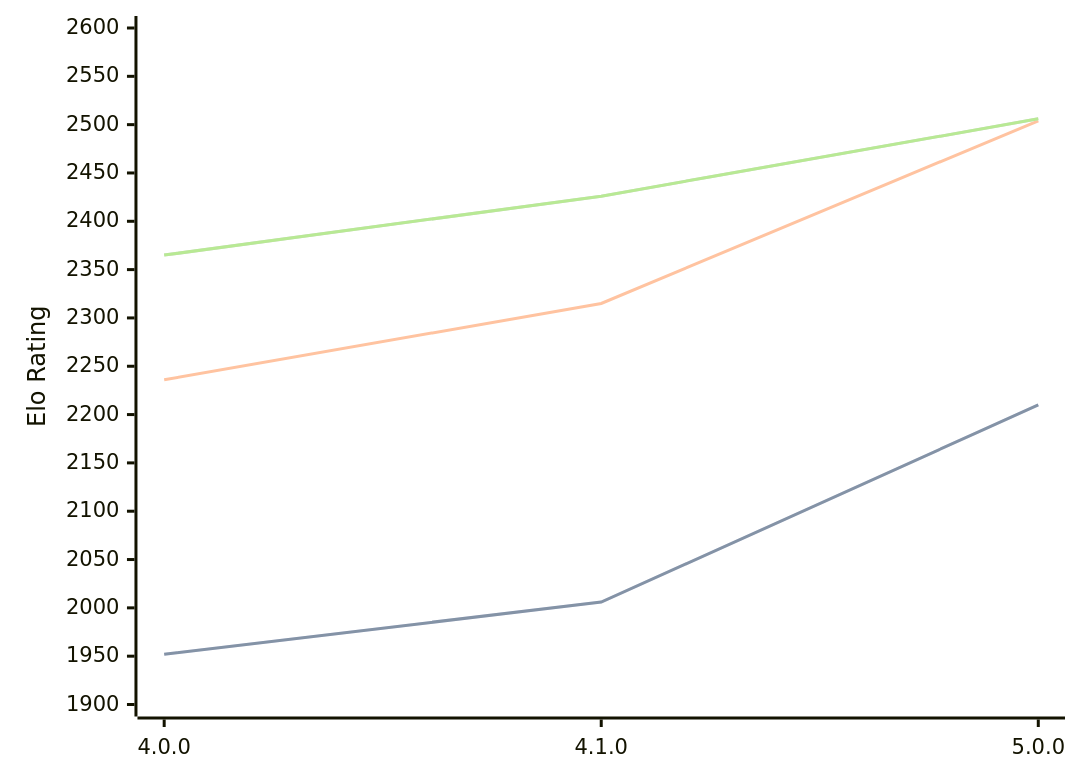
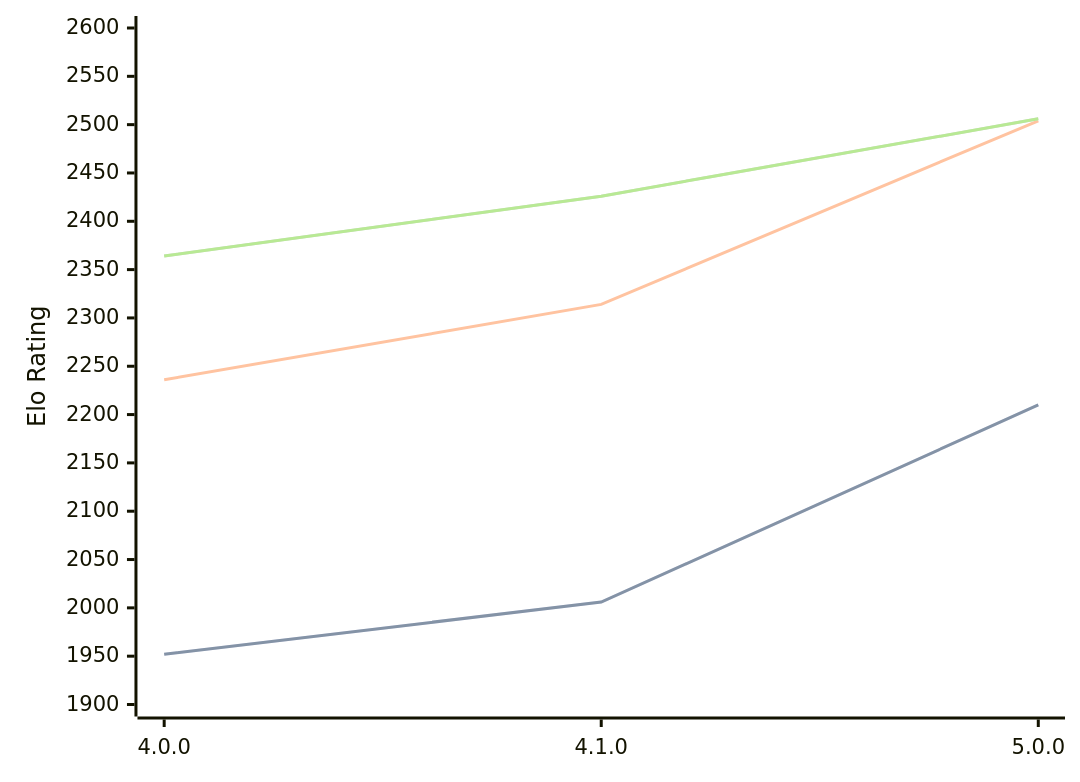
Before and after one commit to computer-chess-index/cci: the diagram in engines/Aconcagua.md, drawn with Mermaid. The commit also changed other lines of this file, not shown here.

Commit message:
Update CCI Ratings (ELO VLTC) - 2026-02-27

````diff
--- a/engines/Aconcagua.md
+++ b/engines/Aconcagua.md
@@ -40,11 +40,11 @@
 ```mermaid
 %%{init: {"theme":"base","themeVariables":{"seriesColors:['#a3a3a3','#222221','#faa371']}}}%%
 xychart-beta
   x-axis ["4.0.0", "4.1.0", "5.0.0"]
   y-axis "Elo Rating" 1900 --> 2600
   line "STC (8.0+0.08s)" [1952, 2006, 2210]
   line "STC (8.0+0.08s)" [1952, 2006, 2210]
-  line "LTC (60.0+0.60s)" [2236, 2315, 2504]
-  line "VLTC (2m24s+1.12s)" [2365, 2426, 2506]
-  line "VLTC (2m24s+1.12s)" [2365, 2426, 2506]
+  line "LTC (60.0+0.60s)" [2236, 2314, 2504]
+  line "VLTC (2m24s+1.12s)" [2364, 2426, 2506]
+  line "VLTC (2m24s+1.12s)" [2364, 2426, 2506]
 ```
````
